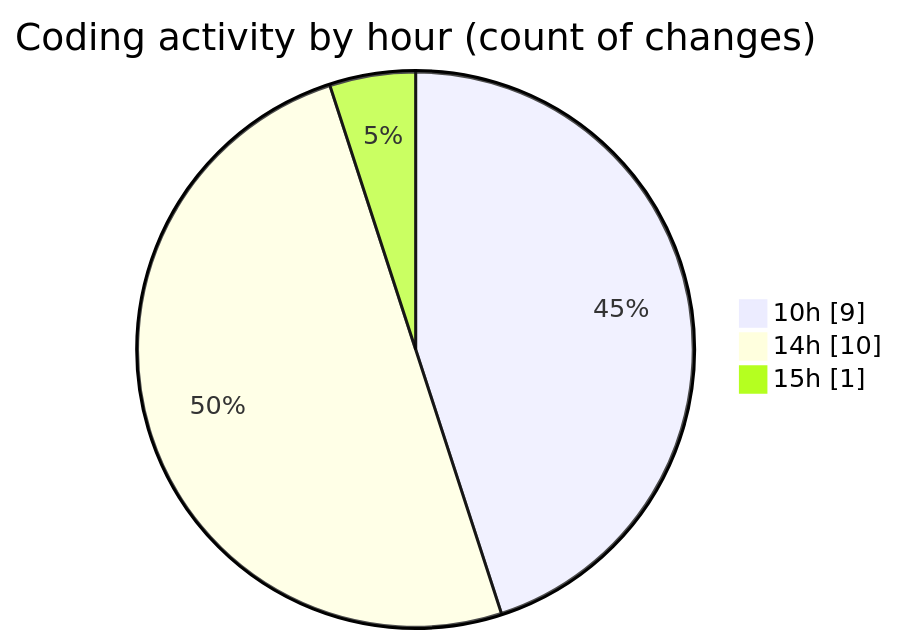
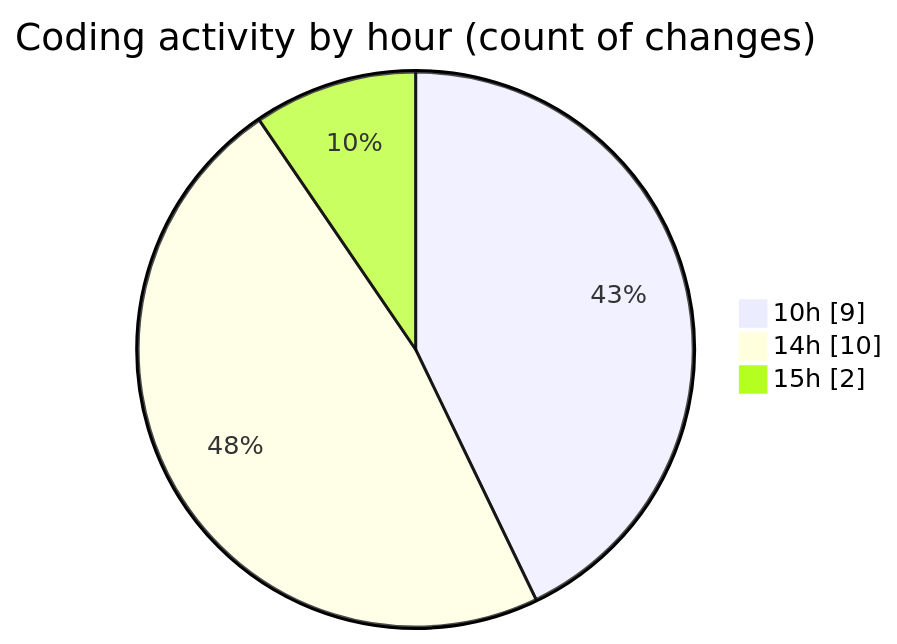
Before and after one commit to nxtqubesakshisongat/code-tracking: the second of 2 diagrams in 2026-02-26/nxtqube_webapp/README.md, drawn with Mermaid. The commit also changed other lines of this file and 1 other file, not shown here.

````diff
--- a/2026-02-26/nxtqube_webapp/README.md
+++ b/2026-02-26/nxtqube_webapp/README.md
@@ -41,7 +42,7 @@
 ```mermaid
 pie showData
 title Coding activity by hour (count of changes)
 "10h" : 9
 "14h" : 10
-"15h" : 1
+"15h" : 2
 ```
````
